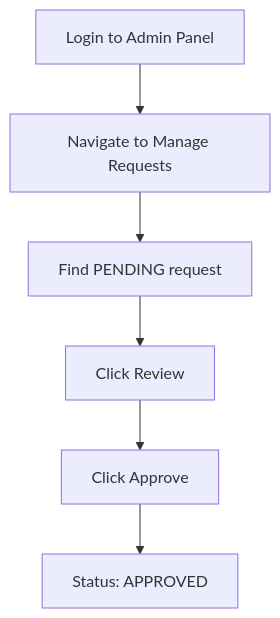
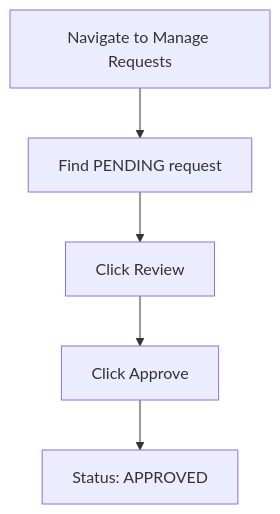
Before and after one commit to ColfaxResearch/cxpn-admin-readthedocs: the first of 7 diagrams in docs/source/workflow-examples.rst, drawn with Mermaid. The commit also changed other lines of this file, not shown here.

Commit message:
remove redundant login step from workflow diagrams

```diff
--- a/docs/source/workflow-examples.rst
+++ b/docs/source/workflow-examples.rst
@@ -14,8 +14,7 @@
 .. mermaid::
 
    graph TD
-       A[Login to Admin Panel] --> B[Navigate to Manage Requests]
-       B --> C[Find PENDING request]
-       C --> D[Click Review]
-       D --> E[Click Approve]
-       E --> F[Status: APPROVED]
+       A[Navigate to Manage Requests] --> B[Find PENDING request]
+       B --> C[Click Review]
+       C --> D[Click Approve]
+       D --> E[Status: APPROVED]
```
